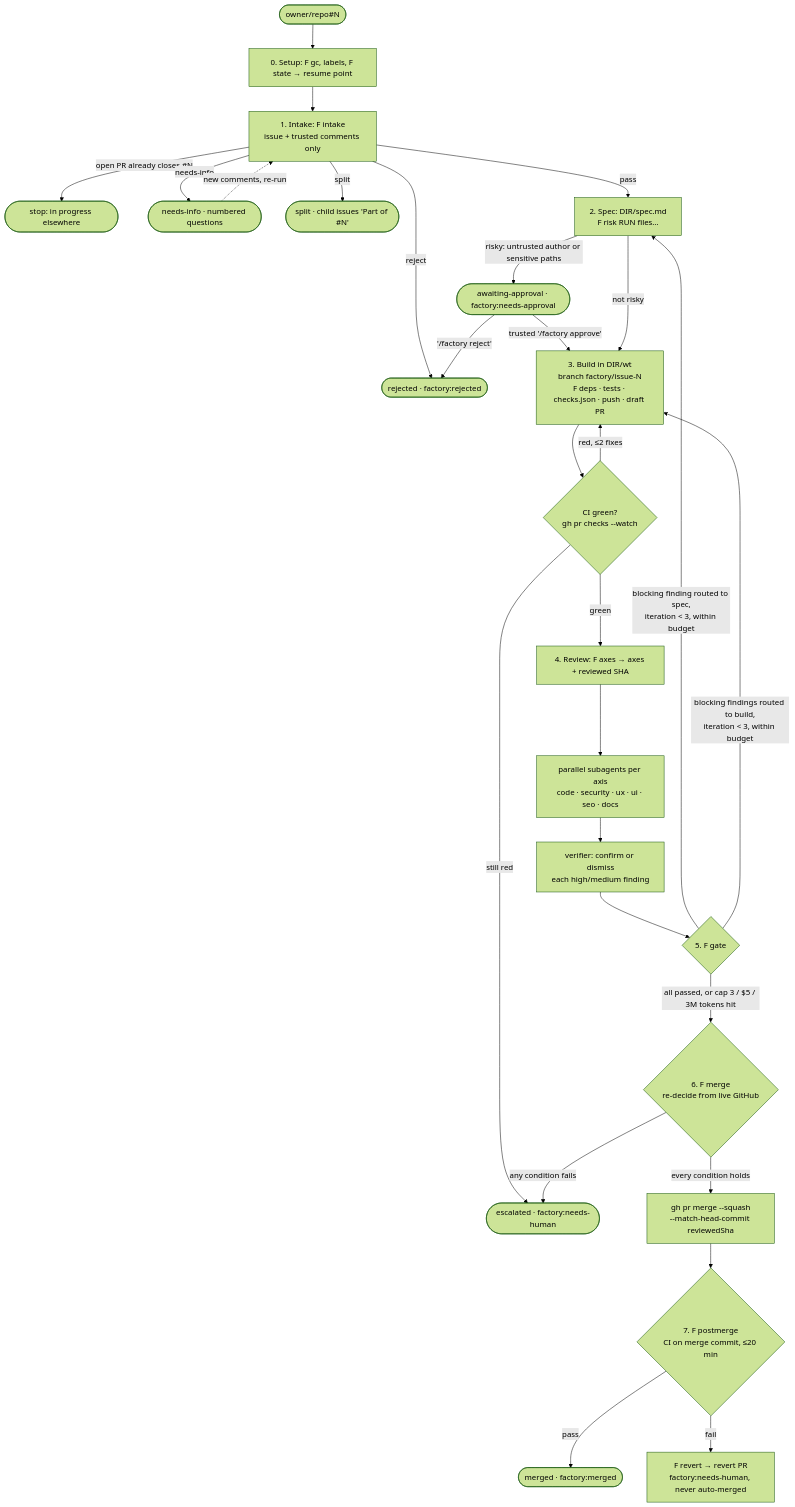
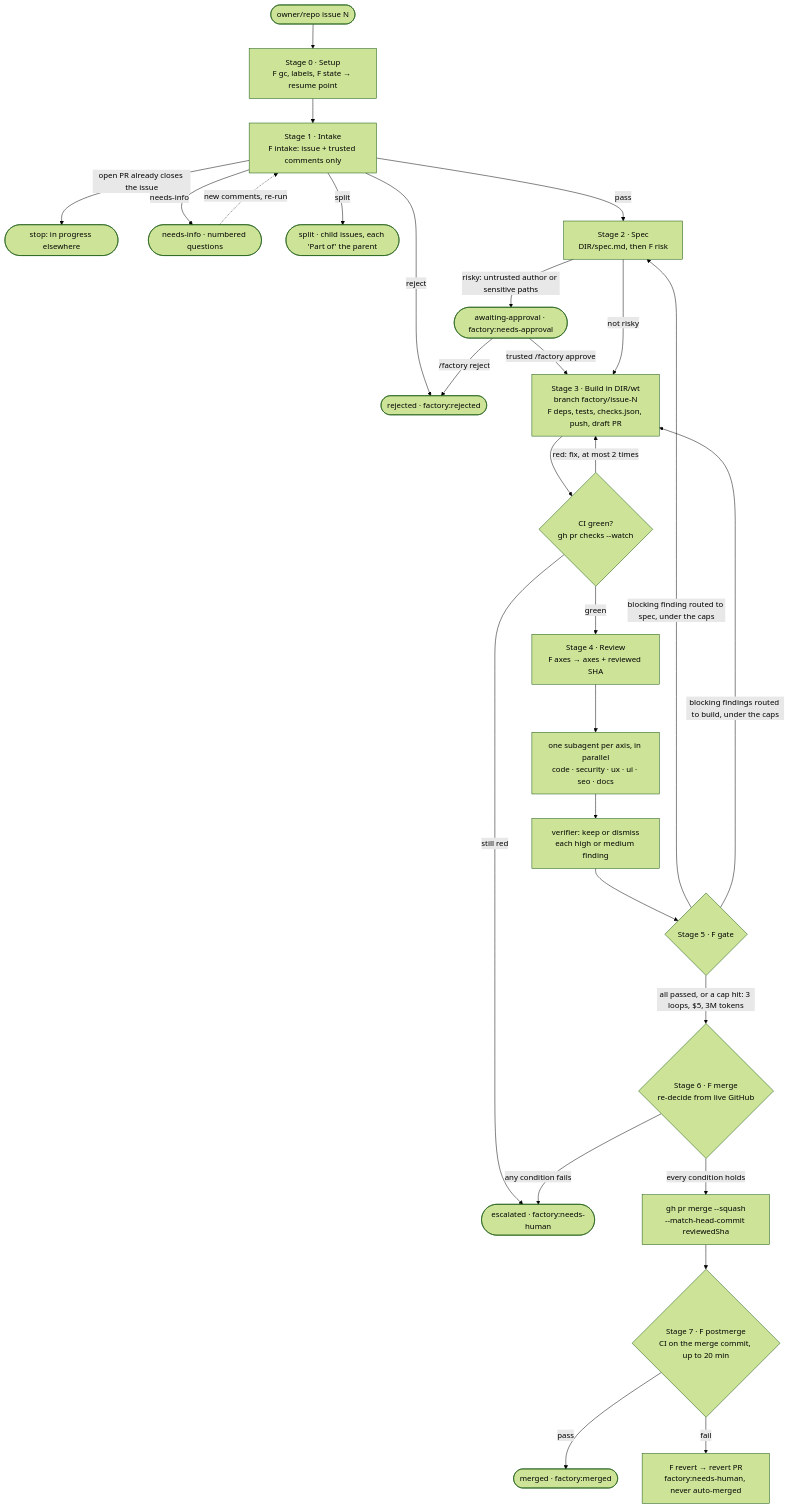
The first of 2 diagrams in docs/architecture.md (georgesimos/software-factory), drawn with Mermaid (forest theme) before and after one commit. The commit also changed other lines of this file and 1 other file, not shown here.

Commit message:
docs: quote mermaid labels, list committed design-system folders, match dashboard sections

````diff
--- a/docs/architecture.md
+++ b/docs/architecture.md
@@ -212,29 +215,30 @@
 ```mermaid
 flowchart TD
-  A([owner/repo#N]) --> S0[0. Setup: F gc, labels, F state → resume point]
-  S0 --> I[1. Intake: F intake<br/>issue + trusted comments only]
-  I -->|open PR already closes #N| STOP1([stop: in progress elsewhere])
-  I -->|reject| REJ([rejected · factory:rejected])
-  I -->|needs-info| NI([needs-info · numbered questions]) -.->|new comments, re-run| I
-  I -->|split| SPL([split · child issues 'Part of #N'])
-  I -->|pass| SP[2. Spec: DIR/spec.md<br/>F risk RUN files…]
-  SP -->|risky: untrusted author or sensitive paths| AW([awaiting-approval · factory:needs-approval])
-  AW -->|trusted '/factory approve'| B
-  AW -->|'/factory reject'| REJ
-  SP -->|not risky| B[3. Build in DIR/wt<br/>branch factory/issue-N<br/>F deps · tests · checks.json · push · draft PR]
-  B --> CI{CI green?<br/>gh pr checks --watch}
-  CI -->|red, ≤2 fixes| B
-  CI -->|still red| ESC
-  CI -->|green| AX[4. Review: F axes → axes + reviewed SHA]
-  AX --> R[parallel subagents per axis<br/>code · security · ux · ui · seo · docs]
-  R --> V[verifier: confirm or dismiss<br/>each high/medium finding]
-  V --> G{5. F gate}
-  G -->|blocking finding routed to spec,<br/>iteration < 3, within budget| SP
-  G -->|blocking findings routed to build,<br/>iteration < 3, within budget| B
-  G -->|all passed, or cap 3 / $5 / 3M tokens hit| M{6. F merge<br/>re-decide from live GitHub}
-  M -->|every condition holds| MG[gh pr merge --squash<br/>--match-head-commit reviewedSha]
-  M -->|any condition fails| ESC([escalated · factory:needs-human])
-  MG --> PM{7. F postmerge<br/>CI on merge commit, ≤20 min}
-  PM -->|pass| DONE([merged · factory:merged])
-  PM -->|fail| RV[F revert → revert PR<br/>factory:needs-human, never auto-merged]
+  A(["owner/repo issue N"]) --> S0["Stage 0 · Setup<br/>F gc, labels, F state → resume point"]
+  S0 --> I["Stage 1 · Intake<br/>F intake: issue + trusted comments only"]
+  I -->|"open PR already closes the issue"| STOP1(["stop: in progress elsewhere"])
+  I -->|"reject"| REJ(["rejected · factory:rejected"])
+  I -->|"needs-info"| NI(["needs-info · numbered questions"])
+  NI -.->|"new comments, re-run"| I
+  I -->|"split"| SPL(["split · child issues, each 'Part of' the parent"])
+  I -->|"pass"| SP["Stage 2 · Spec<br/>DIR/spec.md, then F risk"]
+  SP -->|"risky: untrusted author or sensitive paths"| AW(["awaiting-approval · factory:needs-approval"])
+  AW -->|"trusted /factory approve"| B
+  AW -->|"/factory reject"| REJ
+  SP -->|"not risky"| B["Stage 3 · Build in DIR/wt<br/>branch factory/issue-N<br/>F deps, tests, checks.json, push, draft PR"]
+  B --> CI{"CI green?<br/>gh pr checks --watch"}
+  CI -->|"red: fix, at most 2 times"| B
+  CI -->|"still red"| ESC
+  CI -->|"green"| AX["Stage 4 · Review<br/>F axes → axes + reviewed SHA"]
+  AX --> R["one subagent per axis, in parallel<br/>code · security · ux · ui · seo · docs"]
+  R --> V["verifier: keep or dismiss<br/>each high or medium finding"]
+  V --> G{"Stage 5 · F gate"}
+  G -->|"blocking finding routed to spec, under the caps"| SP
+  G -->|"blocking findings routed to build, under the caps"| B
+  G -->|"all passed, or a cap hit: 3 loops, $5, 3M tokens"| M{"Stage 6 · F merge<br/>re-decide from live GitHub"}
+  M -->|"every condition holds"| MG["gh pr merge --squash<br/>--match-head-commit reviewedSha"]
+  M -->|"any condition fails"| ESC(["escalated · factory:needs-human"])
+  MG --> PM{"Stage 7 · F postmerge<br/>CI on the merge commit, up to 20 min"}
+  PM -->|"pass"| DONE(["merged · factory:merged"])
+  PM -->|"fail"| RV["F revert → revert PR<br/>factory:needs-human, never auto-merged"]
 ```
````
